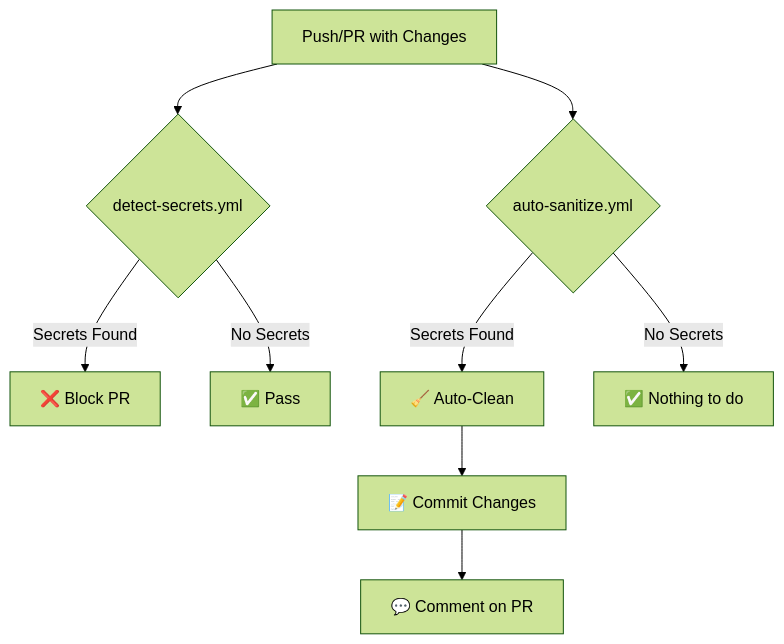
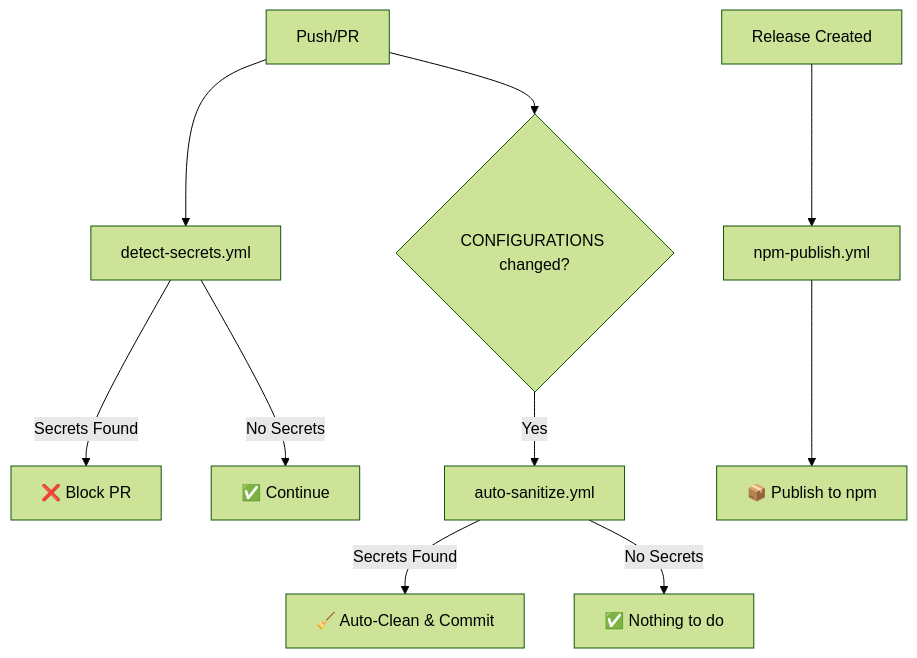
Before and after one commit to nbiish/giizhendam-aabajichiganan-mcp: the diagram in .github/workflows/README.md, drawn with Mermaid (forest theme). The commit also changed other lines of this file and 38 other files, not shown here.

````diff
--- a/.github/workflows/README.md
+++ b/.github/workflows/README.md
@@ -52,12 +98,14 @@
 ```mermaid
 graph TD
-    A[Push/PR with Changes] --> B{detect-secrets.yml}
+    A[Push/PR] --> B[detect-secrets.yml]
     B -->|Secrets Found| C[❌ Block PR]
-    B -->|No Secrets| D[✅ Pass]
+    B -->|No Secrets| D[✅ Continue]
     
-    A --> E{auto-sanitize.yml}
-    E -->|Secrets Found| F[🧹 Auto-Clean]
-    F --> G[📝 Commit Changes]
-    G --> H[💬 Comment on PR]
-    E -->|No Secrets| I[✅ Nothing to do]
+    A --> E{CONFIGURATIONS changed?}
+    E -->|Yes| F[auto-sanitize.yml]
+    F -->|Secrets Found| G[🧹 Auto-Clean & Commit]
+    F -->|No Secrets| H[✅ Nothing to do]
+    
+    I[Release Created] --> J[npm-publish.yml]
+    J --> K[📦 Publish to npm]
 ```
````
